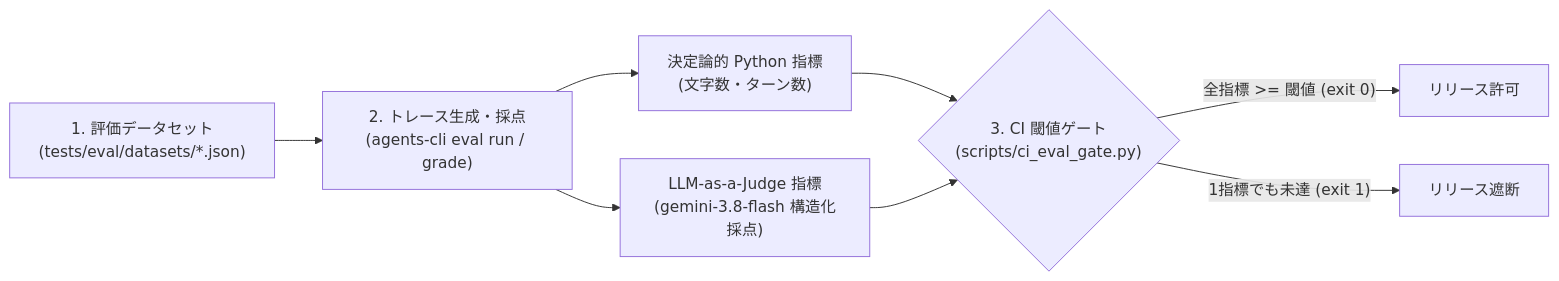
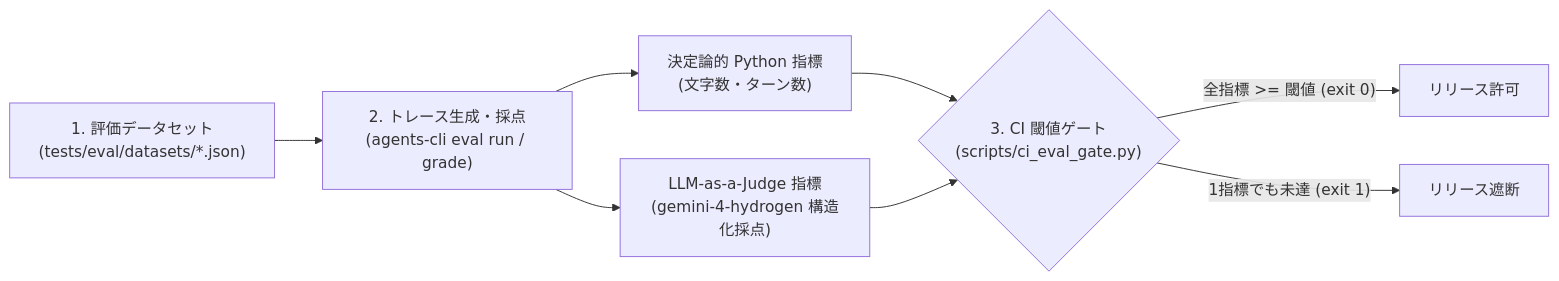
Before and after one commit to tyorikan/agent-design-patterns: the diagram in agents_cli_patterns/cli02_evaluation_gate/README.md, drawn with Mermaid. The commit also changed other lines of this file and 47 other files, not shown here.

Commit message:
feat(models): migrate default and frontier models to gemini-4-hydrogen and gemini-4-carbon

````diff
--- a/agents_cli_patterns/cli02_evaluation_gate/README.md
+++ b/agents_cli_patterns/cli02_evaluation_gate/README.md
@@ -9,10 +9,10 @@
 ```mermaid
 flowchart LR
     DATA["1. 評価データセット<br/>(tests/eval/datasets/*.json)"] --> RUN["2. トレース生成・採点<br/>(agents-cli eval run / grade)"]
     RUN --> DET["決定論的 Python 指標<br/>(文字数・ターン数)"]
-    RUN --> JUDGE["LLM-as-a-Judge 指標<br/>(gemini-3.8-flash 構造化採点)"]
+    RUN --> JUDGE["LLM-as-a-Judge 指標<br/>(gemini-4-hydrogen 構造化採点)"]
     DET --> GATE{"3. CI 閾値ゲート<br/>(scripts/ci_eval_gate.py)"}
     JUDGE --> GATE
     GATE -->|"全指標 >= 閾値 (exit 0)"| DEPLOY["リリース許可"]
     GATE -->|"1指標でも未達 (exit 1)"| BLOCK["リリース遮断"]
 ```
````
